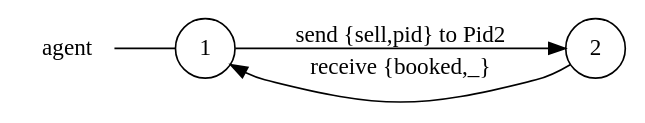
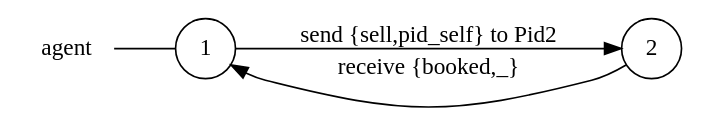
The diagram in examples/airline/agent_local_view.dot (gabrielegenovese/chorer), drawn with Graphviz before and after one commit. The commit also changed 34 other files, not shown here.

```diff
--- a/examples/airline/agent_local_view.dot
+++ b/examples/airline/agent_local_view.dot
@@ -1,10 +1,10 @@
 digraph agent {
 	rankdir="LR";
 	n_0 [label="agent", shape="plaintext"];
 	n_1 [id="1", shape=circle, label="1"];
 	n_0 -> n_1 [arrowhead=none];
 	n_2 [id="3", shape=circle, label="2"];
 
-	n_1 -> n_2 [id="[$e|1]", label="send {sell,pid} to Pid2"];
+	n_1 -> n_2 [id="[$e|1]", label="send {sell,pid_self} to Pid2"];
 	n_2 -> n_1 [id="[$e|3]", label="receive {booked,_}"];
 }
```
